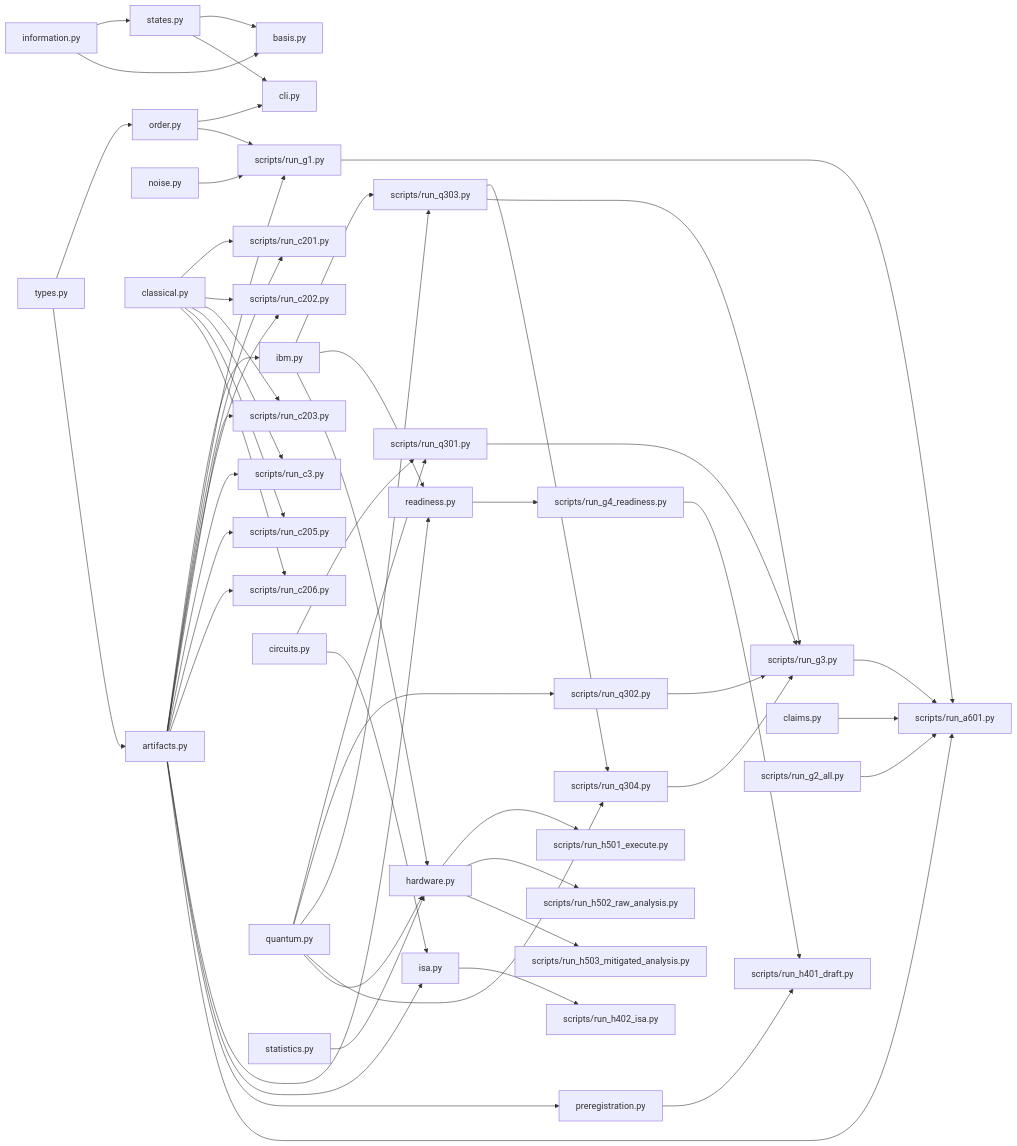
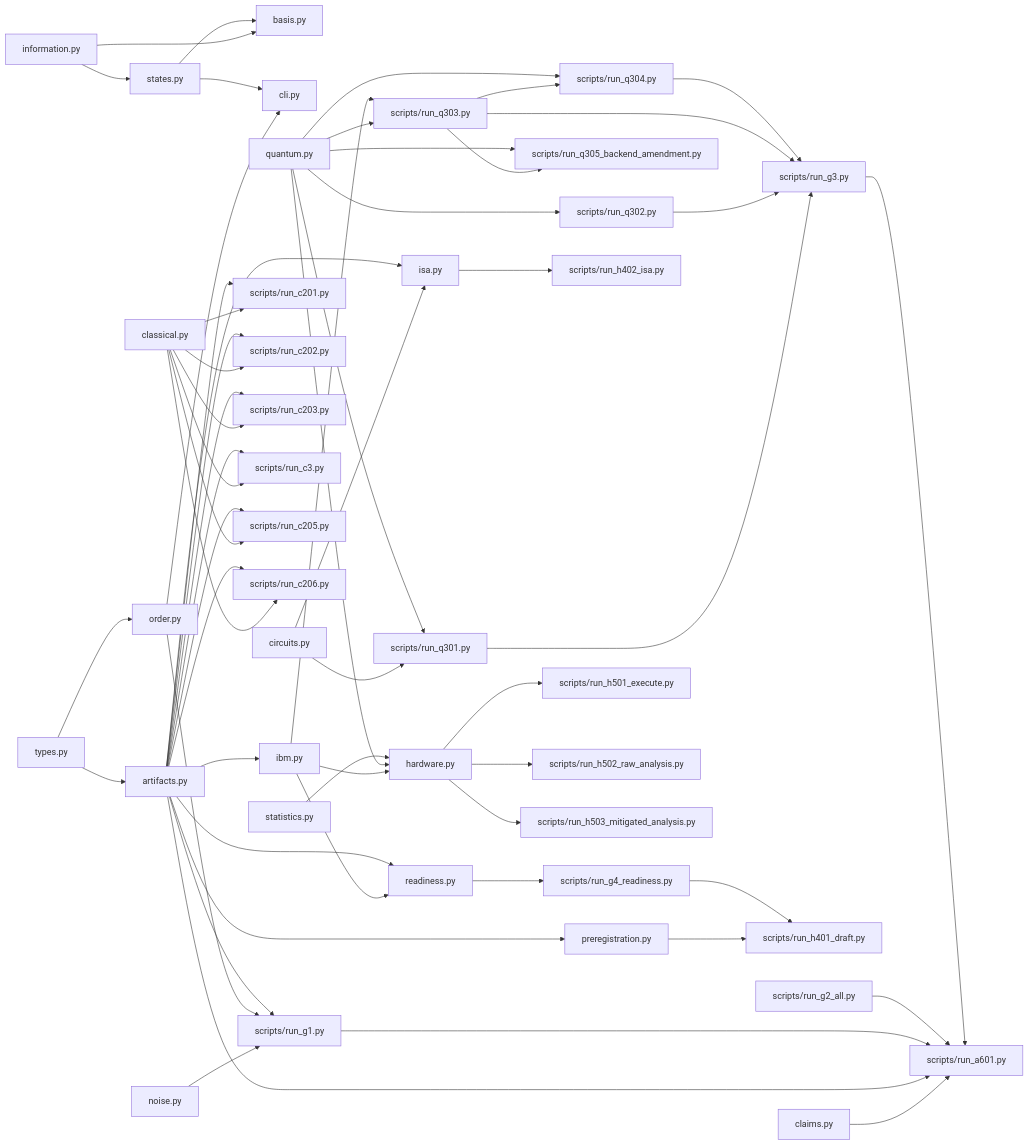
Before and after one commit to detasar/quantum-time-experiment: the fourth of 5 diagrams in docs/ARCHITECTURE.md, drawn with Mermaid. The commit also changed other lines of this file and 38 other files, not shown here.

````diff
--- a/docs/ARCHITECTURE.md
+++ b/docs/ARCHITECTURE.md
@@ -166,57 +168,59 @@
 ```mermaid
 flowchart LR
     types["types.py"] --> order["order.py"]
     types --> artifacts["artifacts.py"]
     information["information.py"] --> states["states.py"]
     information --> basis["basis.py"]
     states --> basis
     order --> cli["cli.py"]
     states --> cli
     artifacts --> ibm["ibm.py"]
     noise["noise.py"] --> run_g1["scripts/run_g1.py"]
     order --> run_g1
     artifacts --> run_g1
     classical["classical.py"] --> run_c201["scripts/run_c201.py"]
     classical --> run_c202["scripts/run_c202.py"]
     classical --> run_c203["scripts/run_c203.py"]
     classical --> run_c3["scripts/run_c3.py"]
     classical --> run_c205["scripts/run_c205.py"]
     classical --> run_c206["scripts/run_c206.py"]
     artifacts --> run_c201
     artifacts --> run_c202
     artifacts --> run_c203
     artifacts --> run_c3
     artifacts --> run_c205
     artifacts --> run_c206
     circuits["circuits.py"] --> run_q301["scripts/run_q301.py"]
     quantum["quantum.py"] --> run_q301
     quantum --> run_q302["scripts/run_q302.py"]
     quantum --> run_q303["scripts/run_q303.py"]
     ibm["ibm.py"] --> run_q303
     run_q303 --> run_q304["scripts/run_q304.py"]
+    run_q303 --> run_q305["scripts/run_q305_backend_amendment.py"]
     quantum --> run_q304
+    quantum --> run_q305
     run_q301 --> run_g3["scripts/run_g3.py"]
     run_q302 --> run_g3
     run_q303 --> run_g3
     run_q304 --> run_g3
     ibm --> readiness["readiness.py"]
     artifacts --> readiness
     readiness --> run_g4_readiness["scripts/run_g4_readiness.py"]
     isa["isa.py"] --> run_h402_isa["scripts/run_h402_isa.py"]
     circuits --> isa
     artifacts --> isa
     preregistration["preregistration.py"] --> run_h401_draft["scripts/run_h401_draft.py"]
     artifacts --> preregistration
     run_g4_readiness --> run_h401_draft
     hardware["hardware.py"] --> run_h501_execute["scripts/run_h501_execute.py"]
     hardware --> run_h502_raw["scripts/run_h502_raw_analysis.py"]
     hardware --> run_h503_mitigated["scripts/run_h503_mitigated_analysis.py"]
     ibm --> hardware
     quantum --> hardware
     statistics["statistics.py"] --> hardware
     claims["claims.py"] --> run_a601["scripts/run_a601.py"]
     artifacts --> run_a601
     run_g1 --> run_a601
     run_g2["scripts/run_g2_all.py"] --> run_a601
     run_g3 --> run_a601
 ```
````
